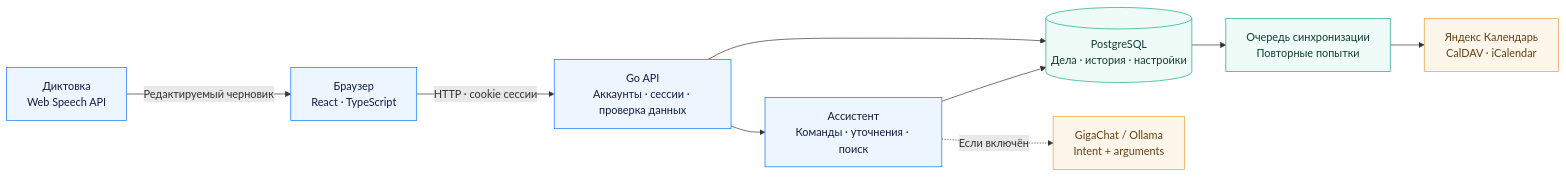
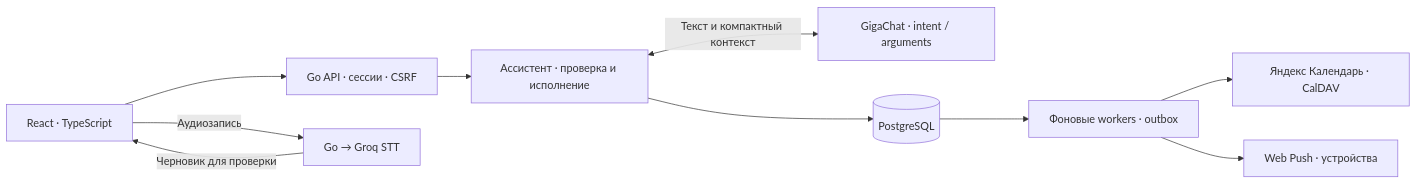
The diagram in README.md (NIDJEL/assistant-ai), drawn with Mermaid before and after one commit. The commit also changed other lines of this file and 26 other files, not shown here.

````diff
--- a/README.md
+++ b/README.md
@@ -121,27 +108,12 @@
 ```mermaid
 flowchart LR
-    Browser["Браузер<br/>React · TypeScript"]
-    Voice["Диктовка<br/>Web Speech API"]
-    API["Go API<br/>Аккаунты · сессии · проверка данных"]
-    Planner["Ассистент<br/>Команды · уточнения · поиск"]
-    DB[("PostgreSQL<br/>Дела · история · настройки")]
-    Queue["Очередь синхронизации<br/>Повторные попытки"]
-    Yandex["Яндекс Календарь<br/>CalDAV · iCalendar"]
-    Ollama["GigaChat / Ollama<br/>Intent + arguments"]
-
-    Voice -->|"Редактируемый черновик"| Browser
-    Browser -->|"HTTP · cookie сессии"| API
-    API --> Planner
-    API --> DB
-    Planner --> DB
-    Planner -.->|"Если включён"| Ollama
-    DB --> Queue
-    Queue --> Yandex
-
-    classDef ui fill:#edf5ff,stroke:#0875ff,color:#121c46;
-    classDef storage fill:#effbf7,stroke:#12a885,color:#123e35;
-    classDef external fill:#fff6eb,stroke:#ed9c3a,color:#634113;
-    class Browser,Voice,API,Planner ui;
-    class DB,Queue storage;
-    class Yandex,Ollama external;
+    UI["React · TypeScript"] --> API["Go API · сессии · CSRF"]
+    UI -->|"Аудиозапись"| STT["Go → Groq STT"]
+    STT -->|"Черновик для проверки"| UI
+    API --> Assistant["Ассистент · проверка и исполнение"]
+    Assistant <-->|"Текст и компактный контекст"| LLM["GigaChat · intent / arguments"]
+    Assistant --> DB[("PostgreSQL")]
+    DB --> Workers["Фоновые workers · outbox"]
+    Workers --> Yandex["Яндекс Календарь · CalDAV"]
+    Workers --> Push["Web Push · устройства"]
 ```
````
